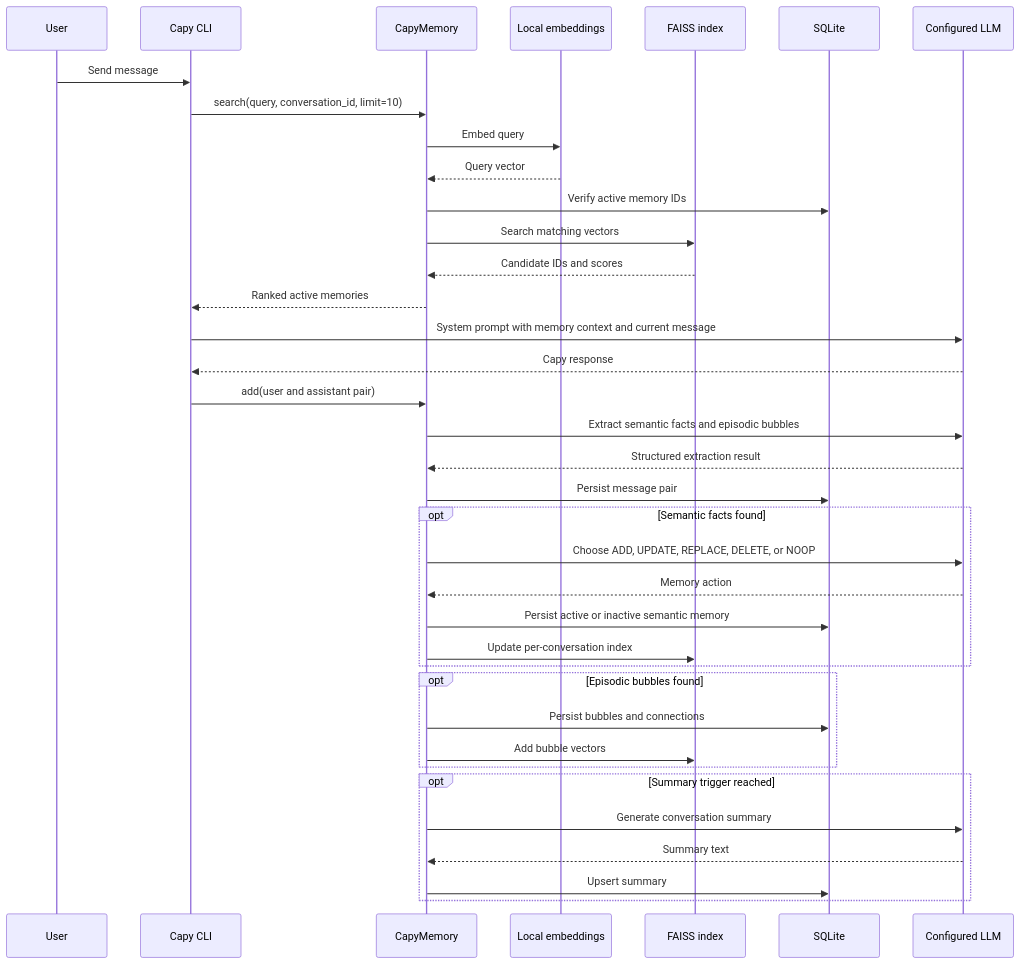
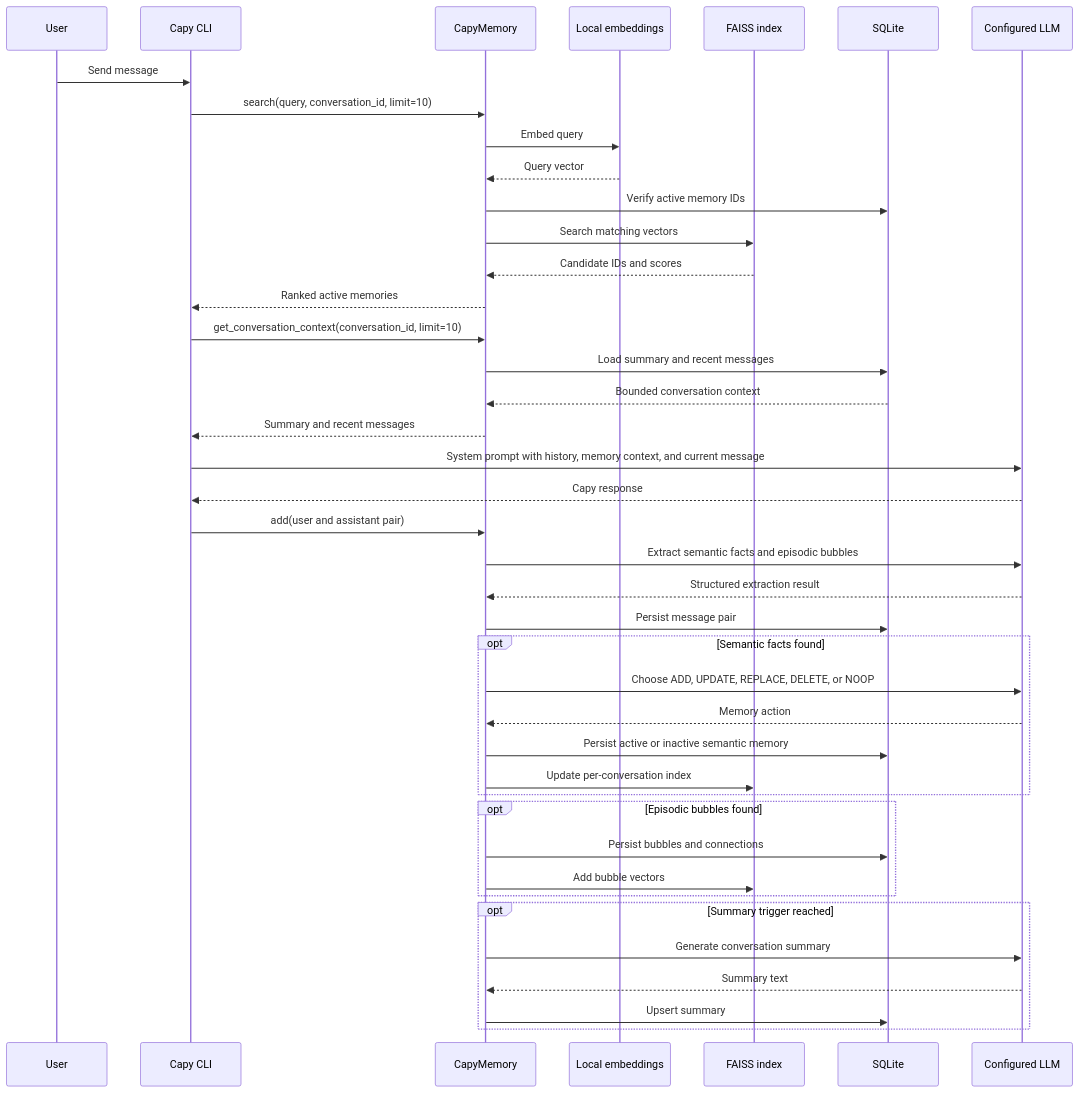
One commit to shashank-poola/capy-memory-companion changed the second of 3 diagrams in DESIGN.md. Above: the diagram before and after it, drawn with Mermaid. The commit also changed other lines of this file and 14 other files, not shown here.

````diff
--- a/DESIGN.md
+++ b/DESIGN.md
@@ -77,45 +77,49 @@
 ```mermaid
 sequenceDiagram
     participant User
     participant CLI as Capy CLI
     participant Memory as CapyMemory
     participant Embed as Local embeddings
     participant Index as FAISS index
     participant DB as SQLite
     participant LLM as Configured LLM
 
     User->>CLI: Send message
     CLI->>Memory: search(query, conversation_id, limit=10)
     Memory->>Embed: Embed query
     Embed-->>Memory: Query vector
     Memory->>DB: Verify active memory IDs
     Memory->>Index: Search matching vectors
     Index-->>Memory: Candidate IDs and scores
     Memory-->>CLI: Ranked active memories
 
-    CLI->>LLM: System prompt with memory context and current message
+    CLI->>Memory: get_conversation_context(conversation_id, limit=10)
+    Memory->>DB: Load summary and recent messages
+    DB-->>Memory: Bounded conversation context
+    Memory-->>CLI: Summary and recent messages
+    CLI->>LLM: System prompt with history, memory context, and current message
     LLM-->>CLI: Capy response
 
     CLI->>Memory: add(user and assistant pair)
     Memory->>LLM: Extract semantic facts and episodic bubbles
     LLM-->>Memory: Structured extraction result
     Memory->>DB: Persist message pair
 
     opt Semantic facts found
         Memory->>LLM: Choose ADD, UPDATE, REPLACE, DELETE, or NOOP
         LLM-->>Memory: Memory action
         Memory->>DB: Persist active or inactive semantic memory
         Memory->>Index: Update per-conversation index
     end
 
     opt Episodic bubbles found
         Memory->>DB: Persist bubbles and connections
         Memory->>Index: Add bubble vectors
     end
 
     opt Summary trigger reached
         Memory->>LLM: Generate conversation summary
         LLM-->>Memory: Summary text
         Memory->>DB: Upsert summary
     end
 ```
````
